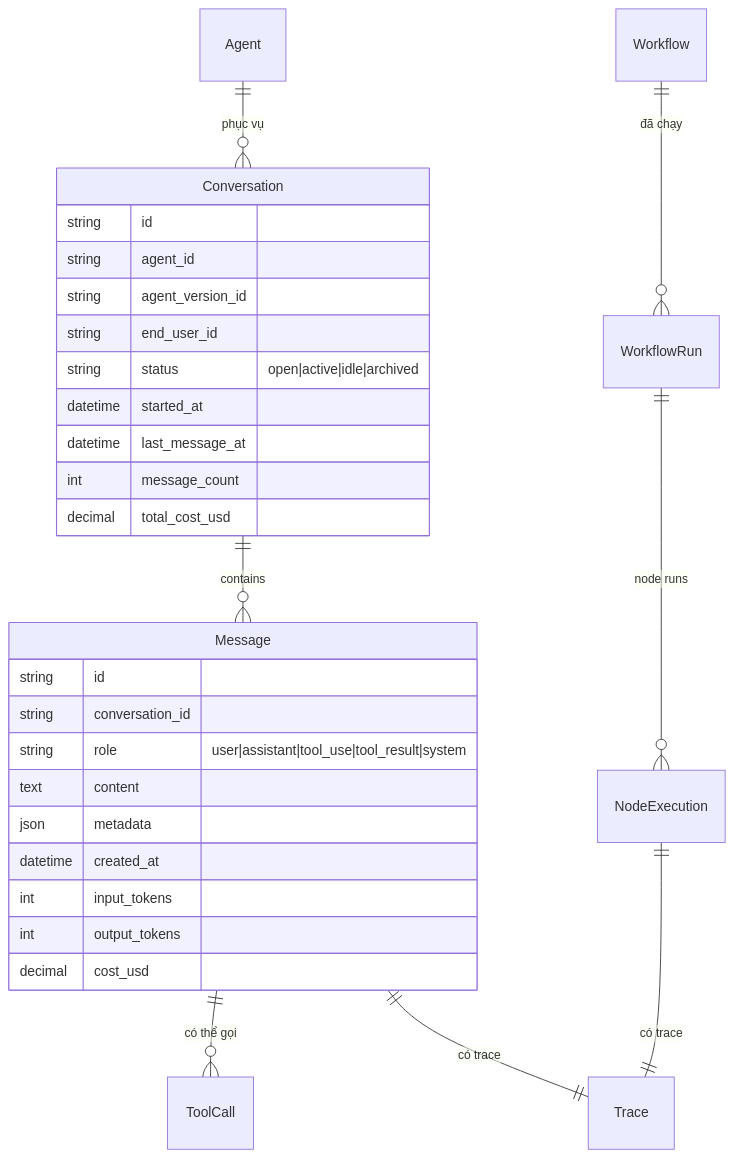
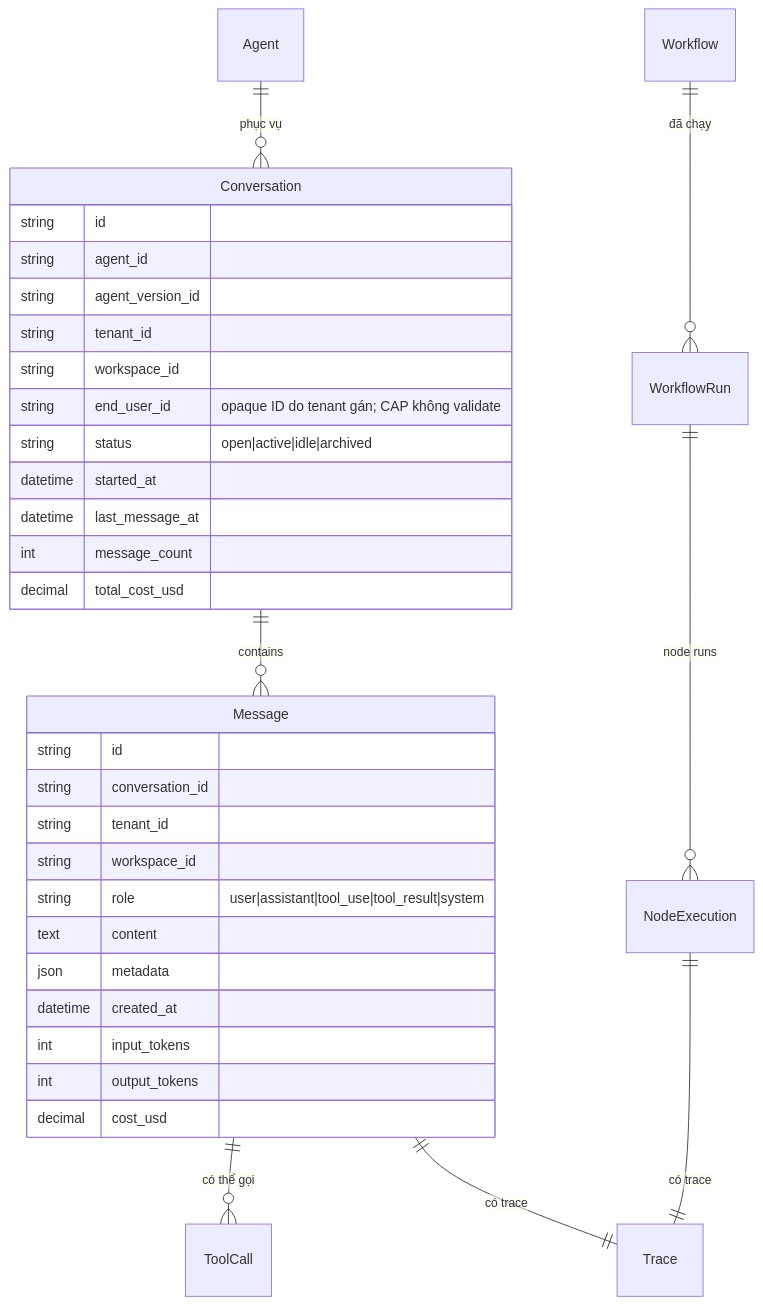
The first of 2 diagrams in docs/02-domain/07-conversation.md (cmc-phongnd/agent-platform-docs), drawn with Mermaid before and after one commit. The commit also changed other lines of this file and 14 other files, not shown here.

First line of the commit message:
Rewrite docs module 02 (domain) intros + module 03 (architecture) full content

````diff
--- a/docs/02-domain/07-conversation.md
+++ b/docs/02-domain/07-conversation.md
@@ -45,34 +73,38 @@
 ```mermaid
 erDiagram
     Agent ||--o{ Conversation : "phục vụ"
     Conversation ||--o{ Message : contains
     Message ||--o{ ToolCall : "có thể gọi"
     Message ||--|| Trace : "có trace"
 
     Workflow ||--o{ WorkflowRun : "đã chạy"
     WorkflowRun ||--o{ NodeExecution : "node runs"
     NodeExecution ||--|| Trace : "có trace"
 
     Conversation {
         string id
         string agent_id
         string agent_version_id
-        string end_user_id
+        string tenant_id
+        string workspace_id
+        string end_user_id "opaque ID do tenant gán; CAP không validate"
         string status "open|active|idle|archived"
         datetime started_at
         datetime last_message_at
         int message_count
         decimal total_cost_usd
     }
     Message {
         string id
         string conversation_id
+        string tenant_id
+        string workspace_id
         string role "user|assistant|tool_use|tool_result|system"
         text content
         json metadata
         datetime created_at
         int input_tokens
         int output_tokens
         decimal cost_usd
     }
 ```
````
